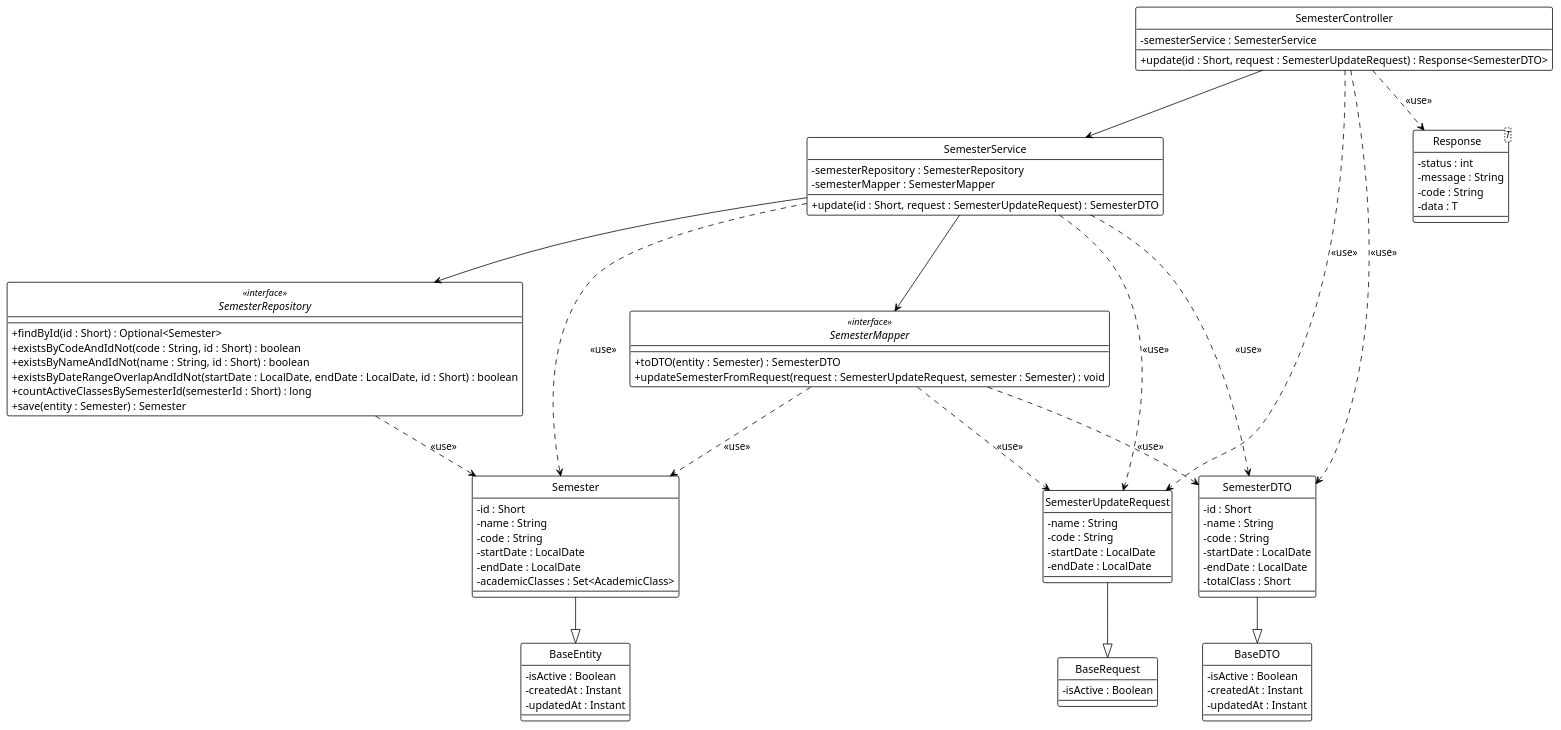
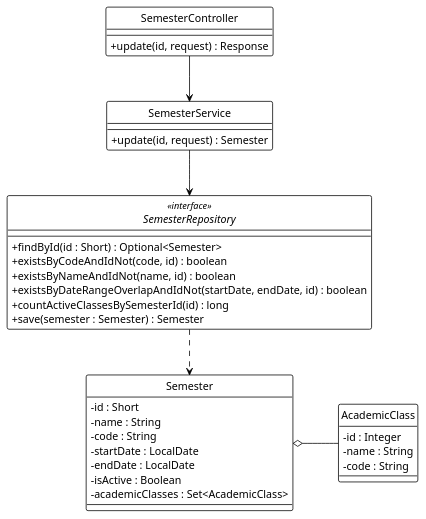
The diagram in system_detailed_design/07_update_semester/class_diagram_update_semester.puml (Ndh474/context), drawn with PlantUML before and after one commit. The commit also changed 13 other files, not shown here.

```diff
--- a/system_detailed_design/07_update_semester/class_diagram_update_semester.puml
+++ b/system_detailed_design/07_update_semester/class_diagram_update_semester.puml
@@ -1,99 +1,58 @@
-@startuml Update Semester - Class Diagram
+@startuml update_semester
 !theme plain
+hide circle
 skinparam classAttributeIconSize 0
-hide circle
-skinparam circledCharacterRadius 0
 
+' --- CẤU HÌNH "ORTHO" (BẮT BUỘC) ---
+skinparam linetype ortho
+skinparam nodesep 60
+skinparam ranksep 60
+
+' --- CONTROLLER ---
 class SemesterController {
-  - semesterService : SemesterService
-  + update(id : Short, request : SemesterUpdateRequest) : Response<SemesterDTO>
+  + update(id, request) : Response
 }
 
+' --- SERVICE ---
 class SemesterService {
-  - semesterRepository : SemesterRepository
-  - semesterMapper : SemesterMapper
-  + update(id : Short, request : SemesterUpdateRequest) : SemesterDTO
+  + update(id, request) : Semester
 }
 
+' --- REPOSITORY ---
 interface SemesterRepository <<interface>> {
   + findById(id : Short) : Optional<Semester>
-  + existsByCodeAndIdNot(code : String, id : Short) : boolean
-  + existsByNameAndIdNot(name : String, id : Short) : boolean
-  + existsByDateRangeOverlapAndIdNot(startDate : LocalDate, endDate : LocalDate, id : Short) : boolean
-  + countActiveClassesBySemesterId(semesterId : Short) : long
-  + save(entity : Semester) : Semester
+  + existsByCodeAndIdNot(code, id) : boolean
+  + existsByNameAndIdNot(name, id) : boolean
+  + existsByDateRangeOverlapAndIdNot(startDate, endDate, id) : boolean
+  + countActiveClassesBySemesterId(id) : long
+  + save(semester : Semester) : Semester
 }
 
-interface SemesterMapper <<interface>> {
-  + toDTO(entity : Semester) : SemesterDTO
-  + updateSemesterFromRequest(request : SemesterUpdateRequest, semester : Semester) : void
-}
-
+' --- ENTITIES ---
 class Semester {
   - id : Short
   - name : String
   - code : String
   - startDate : LocalDate
   - endDate : LocalDate
+  - isActive : Boolean
   - academicClasses : Set<AcademicClass>
 }
 
-class BaseEntity {
-  - isActive : Boolean
-  - createdAt : Instant
-  - updatedAt : Instant
+class AcademicClass {
+  - id : Integer
+  - name : String
+  - code : String
 }
 
-class SemesterUpdateRequest {
-  - name : String
-  - code : String
-  - startDate : LocalDate
-  - endDate : LocalDate
-}
+' --- DEPENDENCY INJECTION (Association) ---
+SemesterController -down-> SemesterService
+SemesterService -down-> SemesterRepository
 
-class BaseRequest {
-  - isActive : Boolean
-}
+' --- REPOSITORY USAGE (Dependency) ---
+SemesterRepository .down.> Semester
 
-class SemesterDTO {
-  - id : Short
-  - name : String
-  - code : String
-  - startDate : LocalDate
-  - endDate : LocalDate
-  - totalClass : Short
-}
-
-class BaseDTO {
-  - isActive : Boolean
-  - createdAt : Instant
-  - updatedAt : Instant
-}
-
-class Response<T> {
-  - status : int
-  - message : String
-  - code : String
-  - data : T
-}
-
-SemesterController --> SemesterService
-SemesterService --> SemesterRepository
-SemesterService --> SemesterMapper
-
-SemesterController ..> Response : <<use>>
-SemesterController ..> SemesterDTO : <<use>>
-SemesterController ..> SemesterUpdateRequest : <<use>>
-SemesterService ..> Semester : <<use>>
-SemesterService ..> SemesterDTO : <<use>>
-SemesterService ..> SemesterUpdateRequest : <<use>>
-SemesterRepository ..> Semester : <<use>>
-SemesterMapper ..> Semester : <<use>>
-SemesterMapper ..> SemesterDTO : <<use>>
-SemesterMapper ..> SemesterUpdateRequest : <<use>>
-
-Semester --|> BaseEntity
-SemesterUpdateRequest --|> BaseRequest
-SemesterDTO --|> BaseDTO
+' --- ENTITY RELATIONSHIPS (Aggregation) ---
+Semester o-right- AcademicClass
 
 @enduml
```
